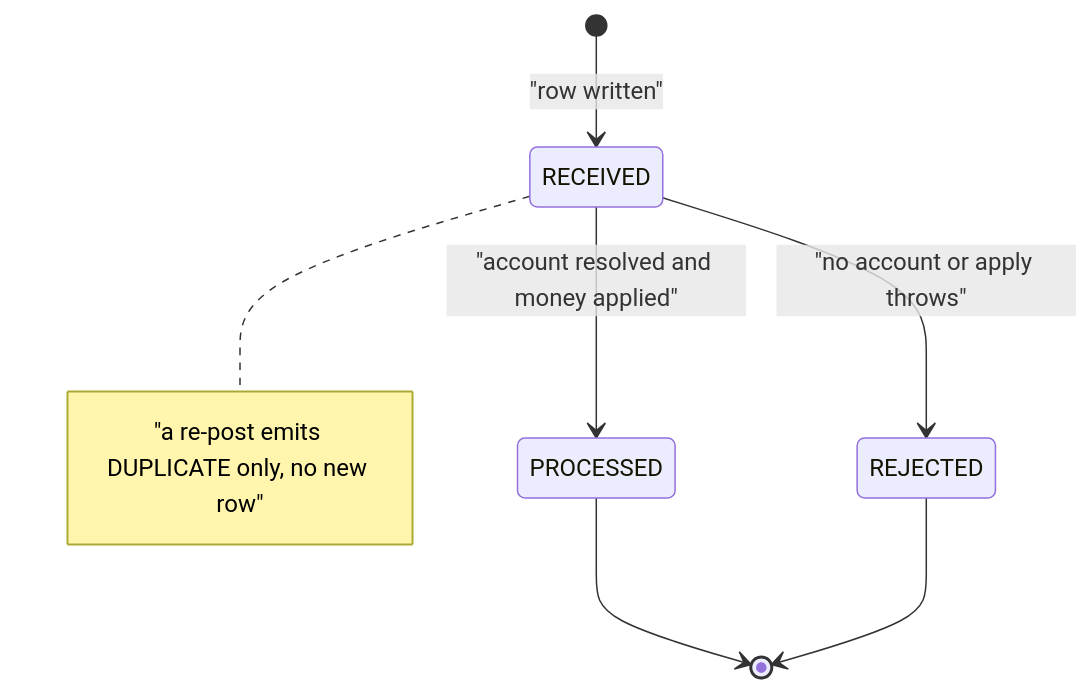
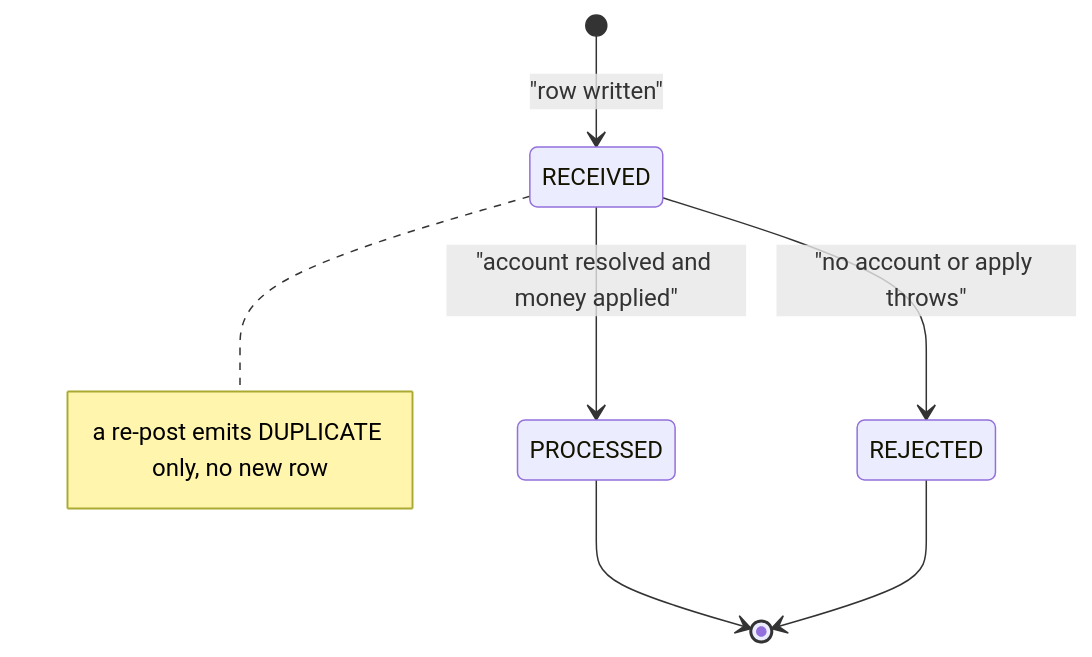
Before and after one commit to papepapesg/csp: the third of 3 diagrams in docs/as-built/paymentgateway.md, drawn with Mermaid. The commit also changed 2 other files, not shown here.

Commit message:
docs(as-built): teaching-style — vendor/edges (mermaid + plain English)
Clarity/format only (no facts changed):
- provisioning: service->node-chain->target->adapter->network path flowchart;
  activate sequenceDiagram; drift->force-sync (EM-CFG-04 + SoD, incl. 409 self-
  approve) sequenceDiagram; command / reconciliation_item / force_sync_request
  status stateDiagrams.
- notification: NOT-01 pipeline flowchart; ICN group fan-out + first-ack-suppresses
  sequenceDiagrams; notification_log / staff_notification / staff_notification_delivery
  status stateDiagrams.
- ticketing: ticket lifecycle stateDiagram; WO-finalize->auto-resolve sequenceDiagram.
- paymentgateway: callback-apply + PREPAID-wallet-vs-POSTPAID-invoice sequenceDiagrams;
  callback status stateDiagram.

Claude-Session: https://claude.ai/code/session_01RwtMRFwzHC7G5CTnGLhgKu

````diff
--- a/docs/as-built/paymentgateway.md
+++ b/docs/as-built/paymentgateway.md
@@ -123,9 +123,9 @@
 ```mermaid
 stateDiagram-v2
     [*] --> RECEIVED: "row written"
     RECEIVED --> PROCESSED: "account resolved and money applied"
     RECEIVED --> REJECTED: "no account or apply throws"
     PROCESSED --> [*]
     REJECTED --> [*]
-    note right of RECEIVED: "a re-post emits DUPLICATE only, no new row"
+    note right of RECEIVED: a re-post emits DUPLICATE only, no new row
 ```
````
